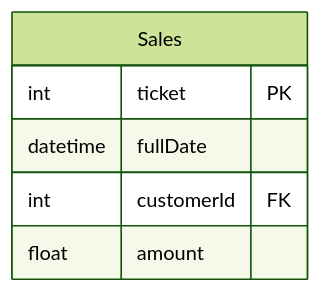
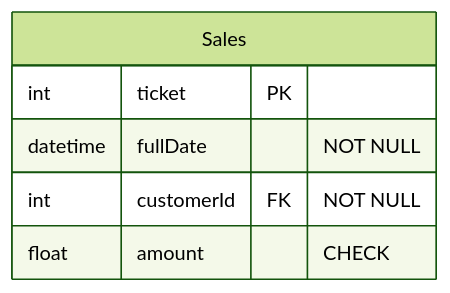
Diagram 23 of 29 in 4to-Cuatrimestre/fundamentos-base-datos/proyecto/proyecto.md (rosendocamal/homeworks), drawn with Mermaid (forest theme) before and after one commit. The commit also changed other lines of this file, not shown here.

````diff
--- a/4to-Cuatrimestre/fundamentos-base-datos/proyecto/proyecto.md
+++ b/4to-Cuatrimestre/fundamentos-base-datos/proyecto/proyecto.md
@@ -479,9 +448,9 @@
 ```mermaid
 erDiagram
 	Sales {
 		int ticket PK
-		datetime fullDate
-		int customerId FK
-		float amount
+		datetime fullDate "NOT NULL"
+		int customerId FK "NOT NULL"
+		float amount "CHECK"
 	}
 ```
````
